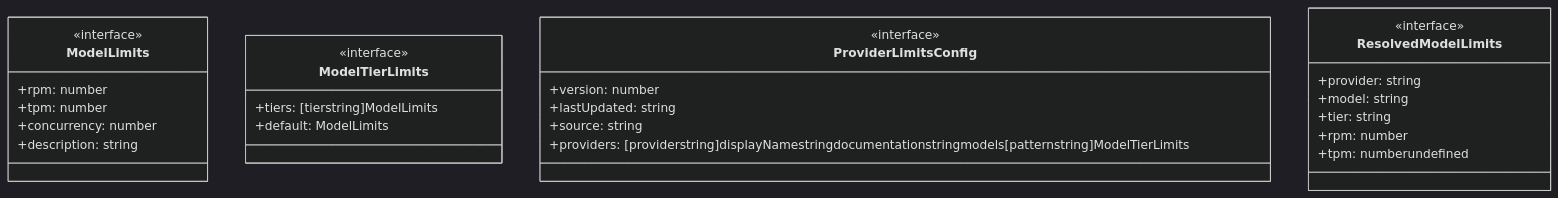
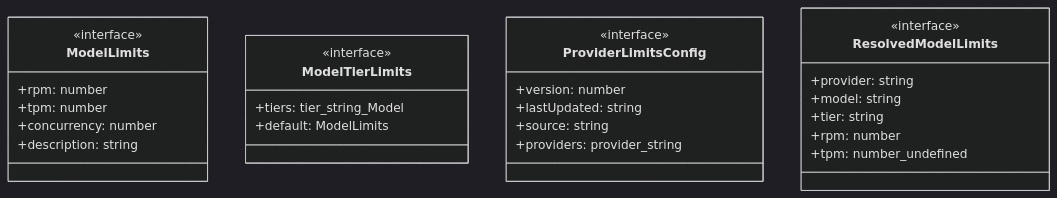
One commit to Mekann2904/mekann changed the first of 3 diagrams in ABDD/.pi/lib/provider-limits.md. Above: the diagram before and after it, drawn with Mermaid (dark theme). The commit also changed other lines of this file and 174 other files, not shown here.

First line of the commit message:
fix(docs): ABDDのMermaid図生成エラーを修正する

````diff
--- a/ABDD/.pi/lib/provider-limits.md
+++ b/ABDD/.pi/lib/provider-limits.md
@@ -48,30 +48,30 @@
 ```mermaid
 classDiagram
   class ModelLimits {
     <<interface>>
     +rpm: number
     +tpm: number
     +concurrency: number
     +description: string
   }
   class ModelTierLimits {
     <<interface>>
-    +tiers: [tierstring]ModelLimits
+    +tiers: tier_string_Model
     +default: ModelLimits
   }
   class ProviderLimitsConfig {
     <<interface>>
     +version: number
     +lastUpdated: string
     +source: string
-    +providers: [providerstring]displayNamestringdocumentationstringmodels[patternstring]ModelTierLimits
+    +providers: provider_string
   }
   class ResolvedModelLimits {
     <<interface>>
     +provider: string
     +model: string
     +tier: string
     +rpm: number
-    +tpm: numberundefined
+    +tpm: number_undefined
   }
 ```
````
